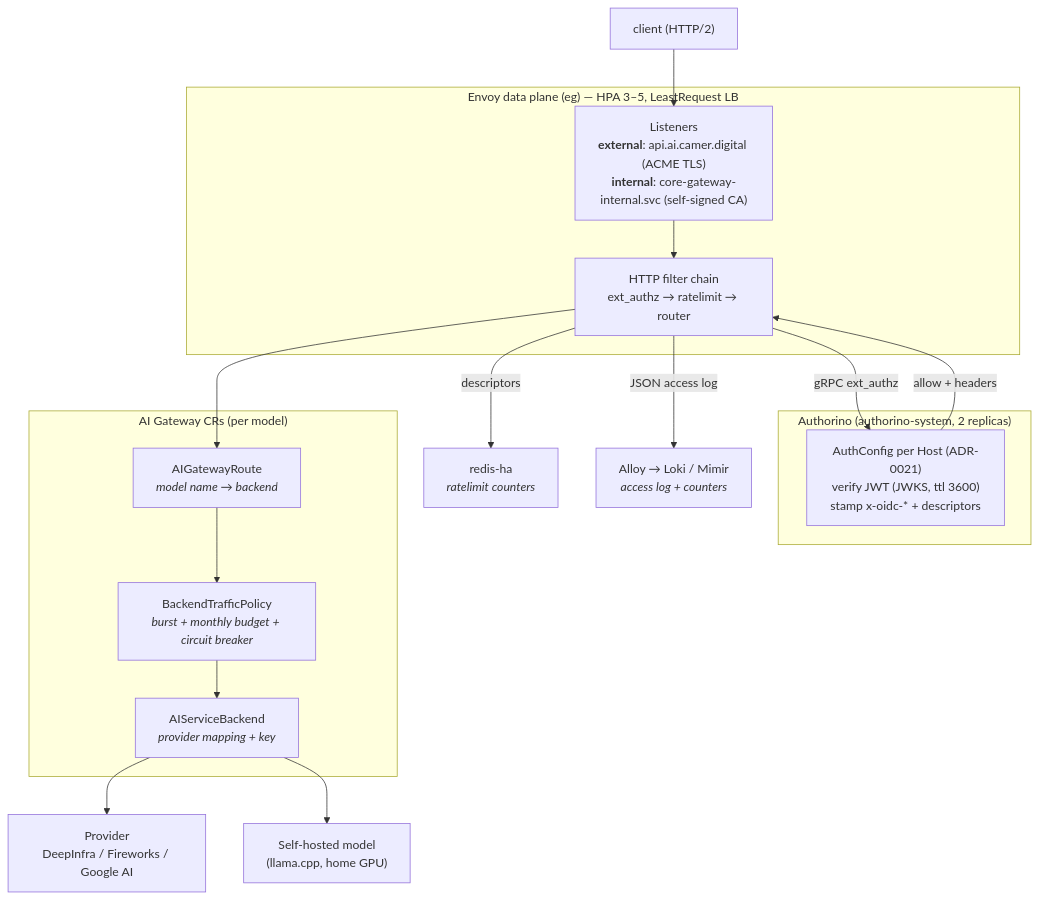
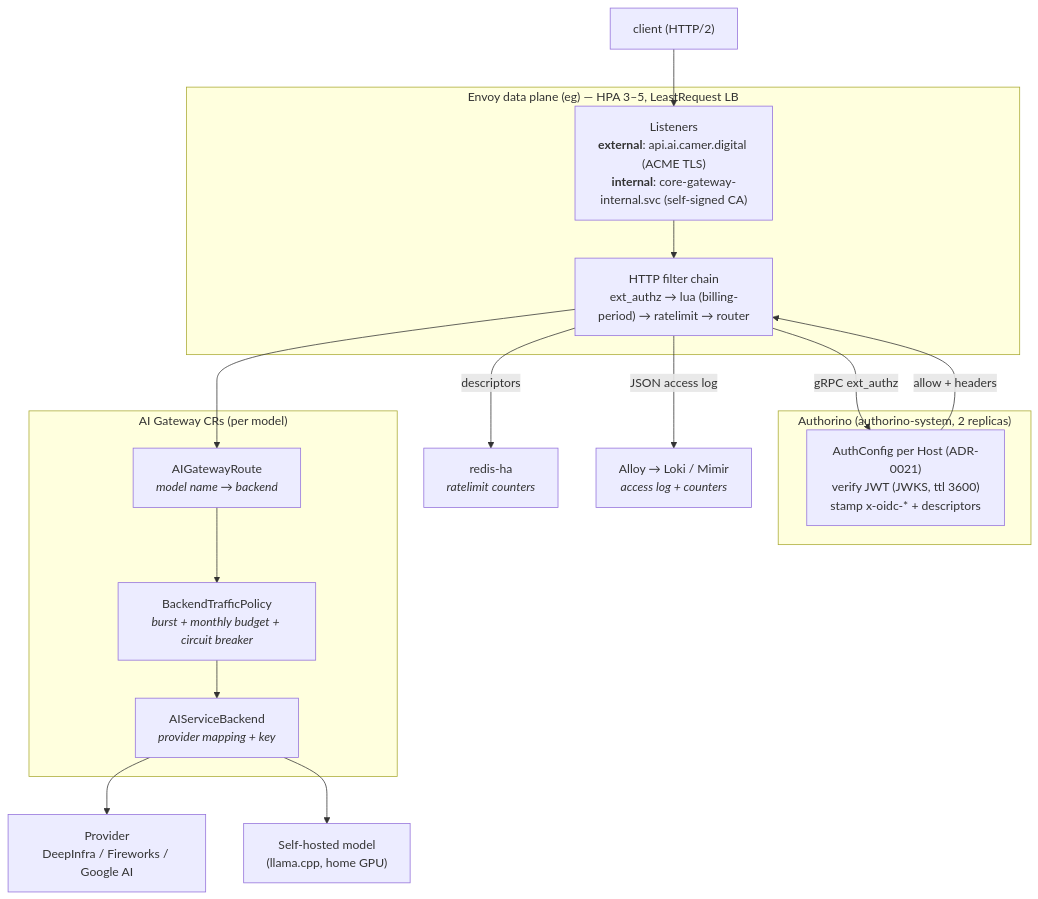
The first of 5 diagrams in docs/architecture/03-gateway-components.md (ADORSYS-GIS/ai-helm), drawn with Mermaid before and after one commit. The commit also changed other lines of this file and 6 other files, not shown here.

````diff
--- a/docs/architecture/03-gateway-components.md
+++ b/docs/architecture/03-gateway-components.md
@@ -9,34 +9,34 @@
 ```mermaid
 flowchart TB
     CLIENT["client (HTTP/2)"]
 
     subgraph dp["Envoy data plane (eg) — HPA 3–5, LeastRequest LB"]
         LISTEN["Listeners<br/><b>external</b>: api.ai.camer.digital (ACME TLS)<br/><b>internal</b>: core-gateway-internal.svc (self-signed CA)"]
-        FILTER["HTTP filter chain<br/>ext_authz → ratelimit → router"]
+        FILTER["HTTP filter chain<br/>ext_authz → lua (billing-period) → ratelimit → router"]
     end
 
     subgraph authz["Authorino (authorino-system, 2 replicas)"]
         AC["AuthConfig per Host (ADR-0021)<br/>verify JWT (JWKS, ttl 3600)<br/>stamp x-oidc-* + descriptors"]
     end
 
     subgraph route["AI Gateway CRs (per model)"]
         AIR["AIGatewayRoute<br/><i>model name → backend</i>"]
         BTP["BackendTrafficPolicy<br/><i>burst + monthly budget + circuit breaker</i>"]
         ASB["AIServiceBackend<br/><i>provider mapping + key</i>"]
     end
 
     PROV["Provider<br/>DeepInfra / Fireworks / Google AI"]
     GPU["Self-hosted model<br/>(llama.cpp, home GPU)"]
     REDIS["redis-ha<br/><i>ratelimit counters</i>"]
     OBS["Alloy → Loki / Mimir<br/><i>access log + counters</i>"]
 
     CLIENT --> LISTEN --> FILTER
     FILTER -->|"gRPC ext_authz"| AC
     AC -->|allow + headers| FILTER
     FILTER -->|descriptors| REDIS
     FILTER --> AIR --> BTP --> ASB
     ASB --> PROV
     ASB --> GPU
     FILTER -->|"JSON access log"| OBS
 
 ```
````
